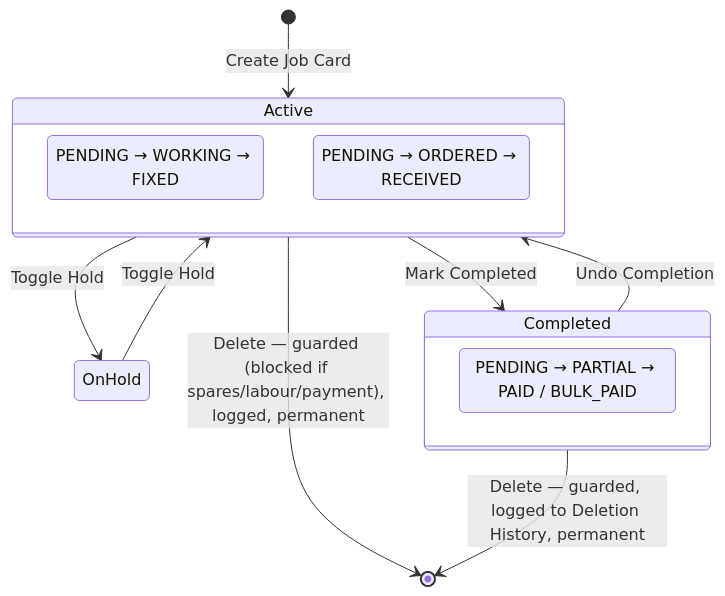
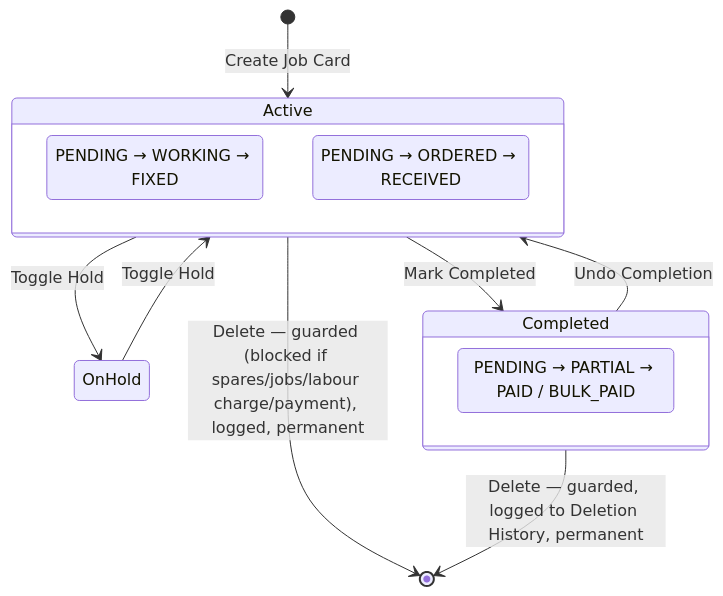
The fifth of 6 diagrams in MASTER_BLUEPRINT.md (Irshaduu/WorkshopOS), drawn with Mermaid before and after one commit. The commit also changed other lines of this file and 28 other files, not shown here.

````diff
--- a/MASTER_BLUEPRINT.md
+++ b/MASTER_BLUEPRINT.md
@@ -410,19 +410,19 @@
 ```mermaid
 stateDiagram-v2
     [*] --> Active: Create Job Card
     Active --> OnHold: Toggle Hold
     OnHold --> Active: Toggle Hold
     Active --> Completed: Mark Completed
     Completed --> Active: Undo Completion
-    Active --> [*]: Delete — guarded (blocked if spares/labour/payment), logged, permanent
+    Active --> [*]: Delete — guarded (blocked if spares/jobs/labour charge/payment), logged, permanent
     Completed --> [*]: Delete — guarded, logged to Deletion History, permanent
 
     state Active {
         Concerns: PENDING → WORKING → FIXED
         Spares: PENDING → ORDERED → RECEIVED
     }
 
     state Completed {
         Payment: PENDING → PARTIAL → PAID / BULK_PAID
     }
 ```
````
